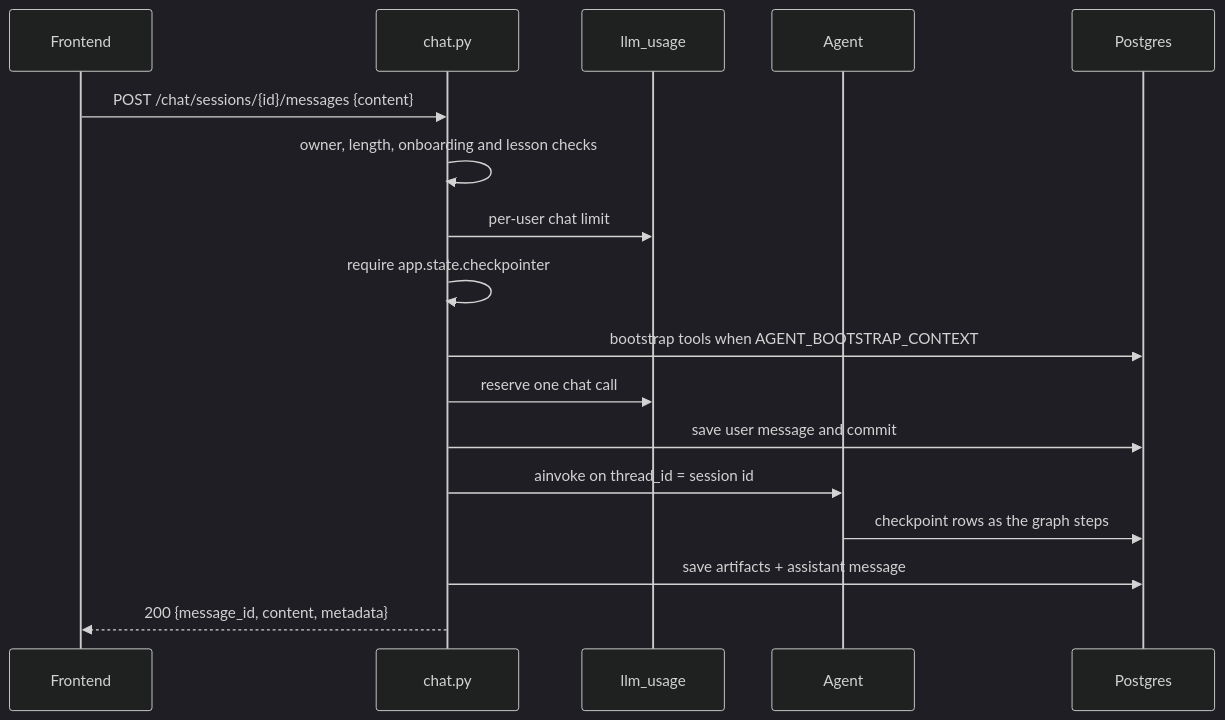
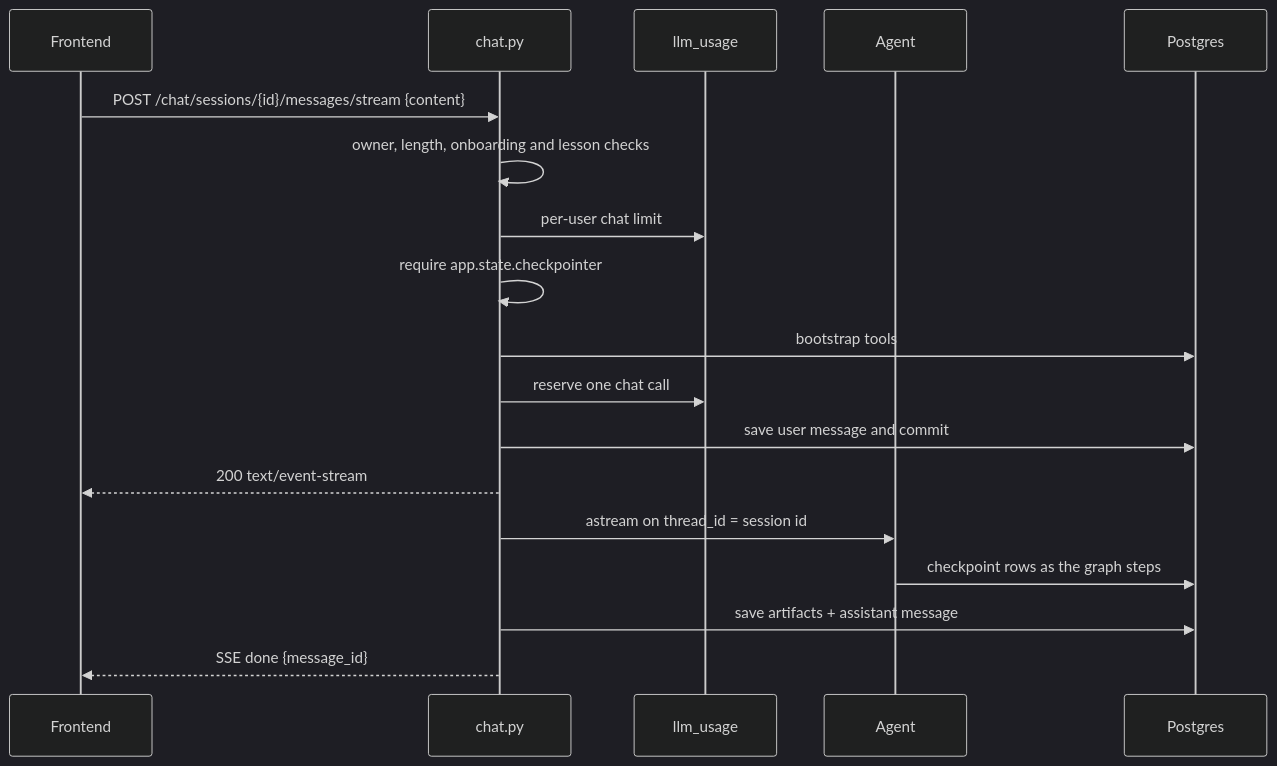
Before and after one commit to paulpolz/lingua-coach: the second of 4 diagrams in docs/tech_requirements/backend.md, drawn with Mermaid (dark theme). The commit also changed other lines of this file and 53 other files, not shown here.

````diff
--- a/docs/tech_requirements/backend.md
+++ b/docs/tech_requirements/backend.md
@@ -99,19 +96,20 @@
 ```mermaid
 sequenceDiagram
   participant F as Frontend
   participant A as chat.py
   participant L as llm_usage
   participant G as Agent
   participant D as Postgres
-  F->>A: POST /chat/sessions/{id}/messages {content}
+  F->>A: POST /chat/sessions/{id}/messages/stream {content}
   A->>A: owner, length, onboarding and lesson checks
   A->>L: per-user chat limit
   A->>A: require app.state.checkpointer
-  A->>D: bootstrap tools when AGENT_BOOTSTRAP_CONTEXT
+  A->>D: bootstrap tools
   A->>L: reserve one chat call
   A->>D: save user message and commit
-  A->>G: ainvoke on thread_id = session id
+  A-->>F: 200 text/event-stream
+  A->>G: astream on thread_id = session id
   G->>D: checkpoint rows as the graph steps
   A->>D: save artifacts + assistant message
-  A-->>F: 200 {message_id, content, metadata}
+  A-->>F: SSE done {message_id}
 ```
````
